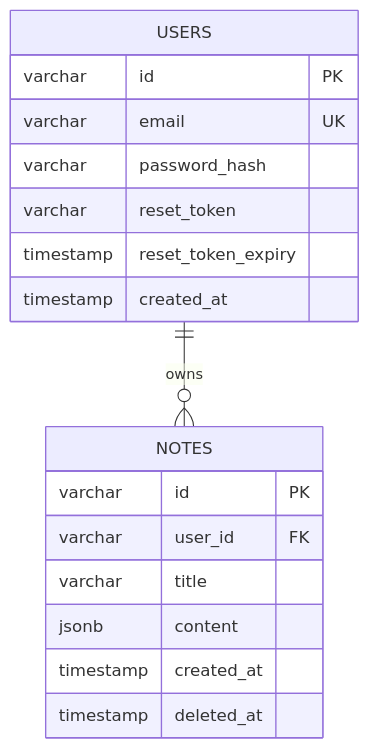
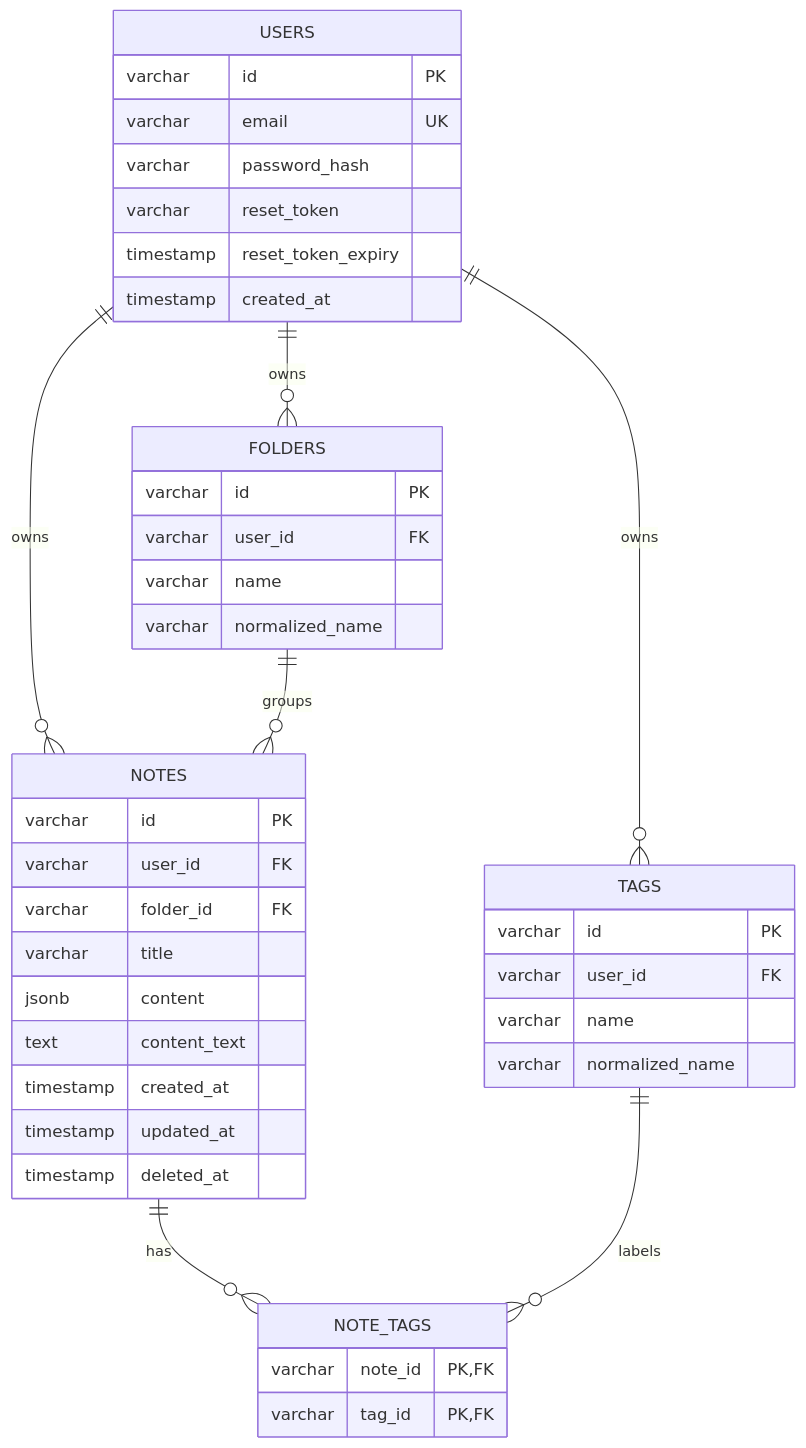
The tenth of 12 diagrams in architecture.md (duongdk099/cluster-offline), drawn with Mermaid before and after one commit. The commit also changed other lines of this file and 8 other files, not shown here.

````diff
--- a/architecture.md
+++ b/architecture.md
@@ -150,22 +194,49 @@
 ```mermaid
 erDiagram
     USERS ||--o{ NOTES : owns
+    USERS ||--o{ TAGS : owns
+    USERS ||--o{ FOLDERS : owns
+    NOTES ||--o{ NOTE_TAGS : has
+    TAGS ||--o{ NOTE_TAGS : labels
+    FOLDERS ||--o{ NOTES : groups
 
     USERS {
         varchar id PK
         varchar email UK
         varchar password_hash
         varchar reset_token
         timestamp reset_token_expiry
         timestamp created_at
     }
 
     NOTES {
         varchar id PK
         varchar user_id FK
+        varchar folder_id FK
         varchar title
         jsonb content
+        text content_text
         timestamp created_at
+        timestamp updated_at
         timestamp deleted_at
     }
+
+    FOLDERS {
+        varchar id PK
+        varchar user_id FK
+        varchar name
+        varchar normalized_name
+    }
+
+    TAGS {
+        varchar id PK
+        varchar user_id FK
+        varchar name
+        varchar normalized_name
+    }
+
+    NOTE_TAGS {
+        varchar note_id PK,FK
+        varchar tag_id PK,FK
+    }
 ```
````
